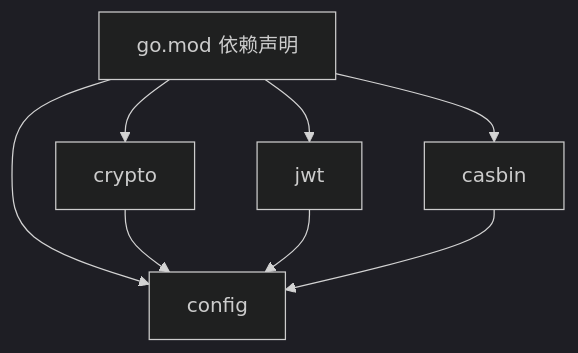
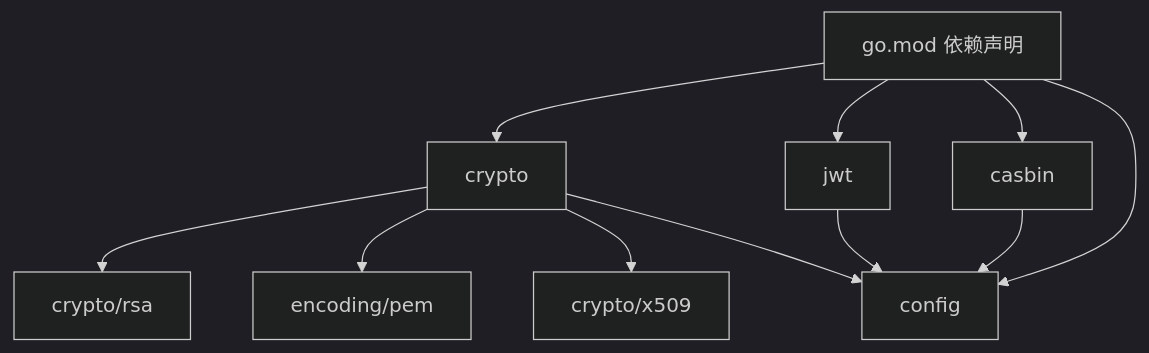
The ninth of 9 diagrams in .qoder/repowiki/zh/content/安全与加密.md (wuwuseo/cmf), drawn with Mermaid (dark theme) before and after one commit. The commit also changed other lines of this file and 4 other files, not shown here.

````diff
--- a/.qoder/repowiki/zh/content/安全与加密.md
+++ b/.qoder/repowiki/zh/content/安全与加密.md
@@ -261,15 +395,21 @@
 ```mermaid
 graph TB
 GOMOD["go.mod 依赖声明"]
 CRY["crypto"]
+RSA["crypto/rsa"]
+PEM["encoding/pem"]
+X509["crypto/x509"]
 JWTM["jwt"]
 CASB["casbin"]
 CFG["config"]
 GOMOD --> CRY
 GOMOD --> JWTM
 GOMOD --> CASB
 GOMOD --> CFG
+CRY --> RSA
+CRY --> PEM
+CRY --> X509
 CRY --> CFG
 JWTM --> CFG
 CASB --> CFG
 ```
````
